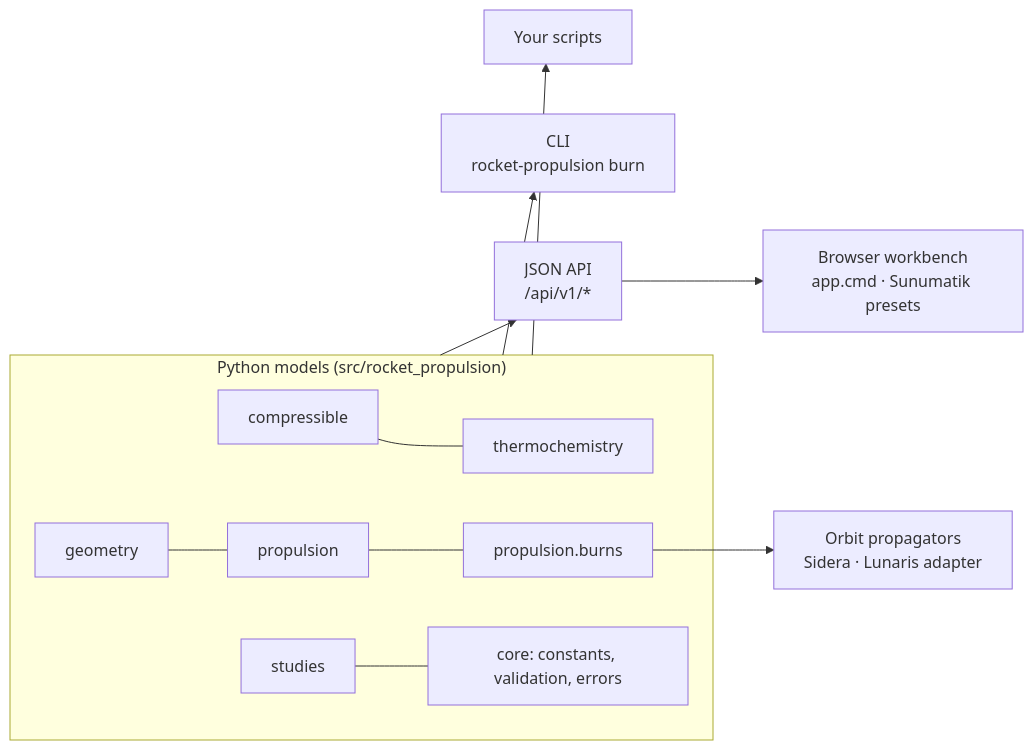
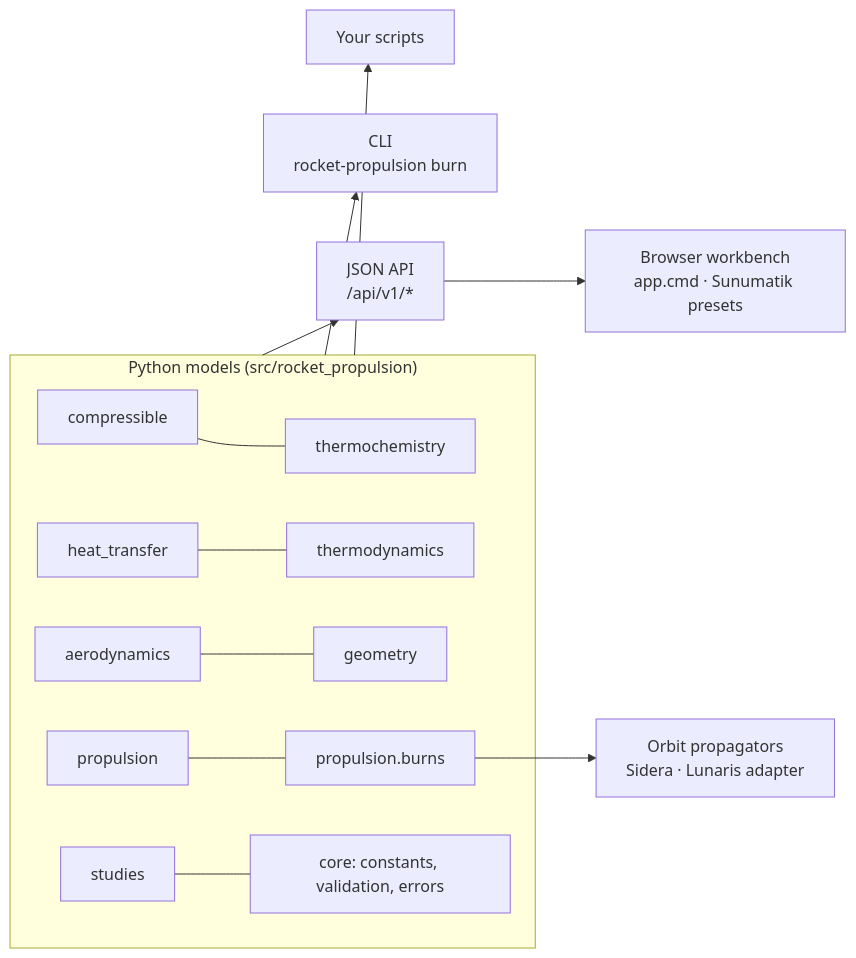
The second of 2 diagrams in README.md (ayberkdt/Rocket-Propulsion-Lab), drawn with Mermaid before and after one commit. The commit also changed other lines of this file and 9 other files, not shown here.

````diff
--- a/README.md
+++ b/README.md
@@ -208,14 +491,15 @@
 ```mermaid
 flowchart LR
     subgraph Models["Python models (src/rocket_propulsion)"]
         C[compressible] --- T[thermochemistry]
-        G[geometry] --- P[propulsion]
-        P --- B[propulsion.burns]
+        H[heat_transfer] --- TD[thermodynamics]
+        A[aerodynamics] --- G[geometry]
+        P[propulsion] --- B[propulsion.burns]
         S[studies] --- K[core: constants, validation, errors]
     end
     Models --> API["JSON API<br/>/api/v1/*"]
     Models --> CLI["CLI<br/>rocket-propulsion burn"]
     Models --> PY["Your scripts"]
     B --> PROP["Orbit propagators<br/>Sidera · Lunaris adapter"]
     API --> WEB["Browser workbench<br/>app.cmd · Sunumatik presets"]
 ```
````
